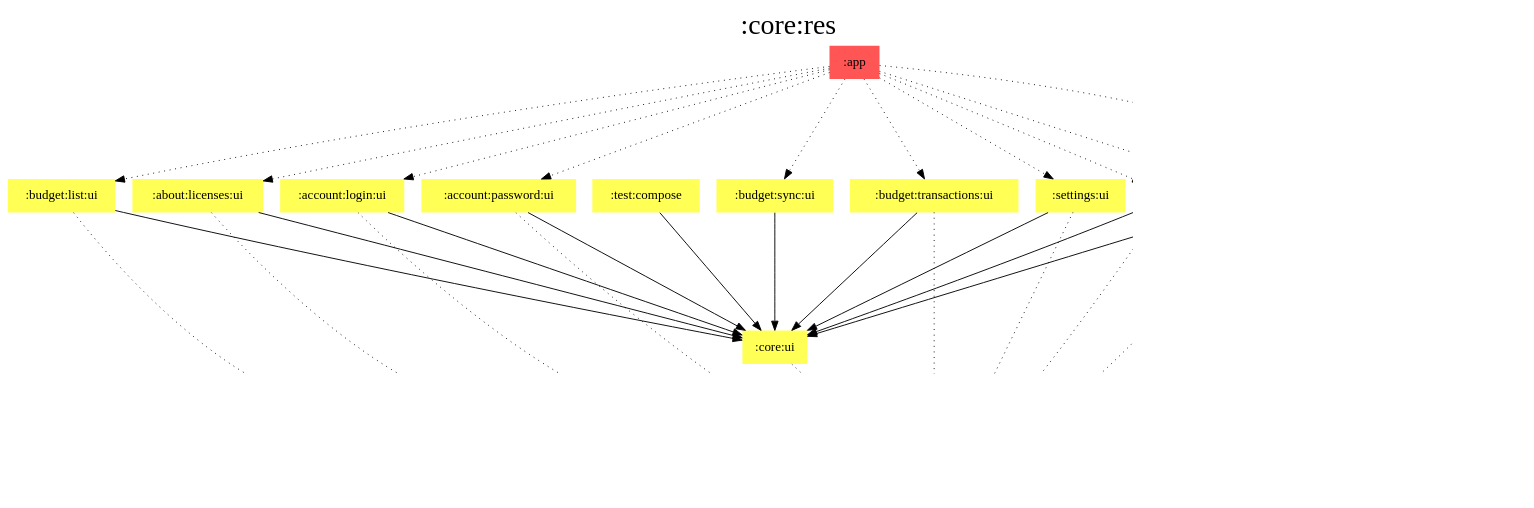
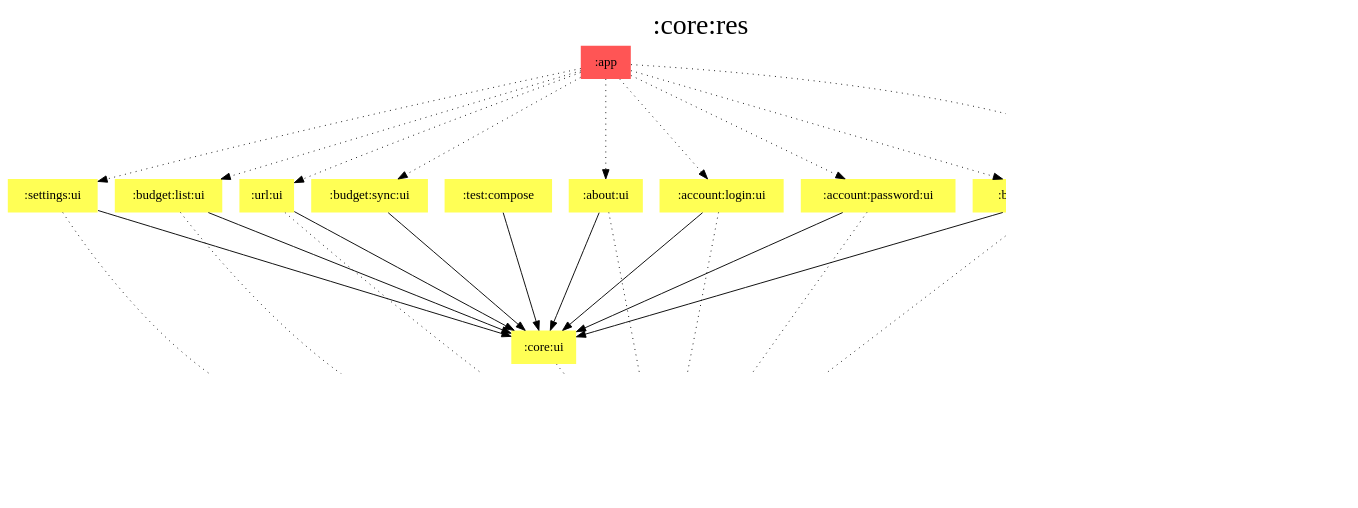
The diagram in modules/core/res/modules.dot (jonapoul/aktual), drawn with Graphviz before and after one commit. The commit also changed 153 other files, not shown here.

Commit message:
Merge licenses/info into about

```diff
--- a/modules/core/res/modules.dot
+++ b/modules/core/res/modules.dot
@@ -1,63 +1,59 @@
 digraph {
 edge ["dir"="forward"]
 graph ["dpi"="100","label"=":core:res","labelloc"="t","fontsize"="30","ranksep"="1.5","rankdir"="TB"]
 node ["style"="filled"]
-":about:info:ui" ["fillcolor"="#FFFF55","shape"="none"]
-":about:licenses:ui" ["fillcolor"="#FFFF55","shape"="none"]
+":about:ui" ["fillcolor"="#FFFF55","shape"="none"]
 ":account:login:ui" ["fillcolor"="#FFFF55","shape"="none"]
 ":account:password:ui" ["fillcolor"="#FFFF55","shape"="none"]
 ":app" ["fillcolor"="#FF5555","shape"="none"]
 ":budget:list:ui" ["fillcolor"="#FFFF55","shape"="none"]
 ":budget:sync:ui" ["fillcolor"="#FFFF55","shape"="none"]
 ":budget:transactions:ui" ["fillcolor"="#FFFF55","shape"="none"]
 ":core:res" ["fillcolor"="#00FFFF","color"="black","penwidth"="3","shape"="box"]
 ":core:ui" ["fillcolor"="#FFFF55","shape"="none"]
 ":settings:ui" ["fillcolor"="#FFFF55","shape"="none"]
 ":test:compose" ["fillcolor"="#FFFF55","shape"="none"]
 ":url:ui" ["fillcolor"="#FFFF55","shape"="none"]
 {
 edge ["dir"="none"]
 graph ["rank"="same"]
 ":core:res"
 }
-":about:info:ui" -> ":core:res" ["style"="dotted"]
-":about:info:ui" -> ":core:ui"
-":about:licenses:ui" -> ":core:res" ["style"="dotted"]
-":about:licenses:ui" -> ":core:ui"
+":about:ui" -> ":core:res" ["style"="dotted"]
+":about:ui" -> ":core:ui"
 ":account:login:ui" -> ":core:res" ["style"="dotted"]
 ":account:login:ui" -> ":core:ui"
 ":account:password:ui" -> ":core:res" ["style"="dotted"]
 ":account:password:ui" -> ":core:ui"
-":app" -> ":about:info:ui" ["style"="dotted"]
-":app" -> ":about:licenses:ui" ["style"="dotted"]
+":app" -> ":about:ui" ["style"="dotted"]
 ":app" -> ":account:login:ui" ["style"="dotted"]
 ":app" -> ":account:password:ui" ["style"="dotted"]
 ":app" -> ":budget:list:ui" ["style"="dotted"]
 ":app" -> ":budget:sync:ui" ["style"="dotted"]
 ":app" -> ":budget:transactions:ui" ["style"="dotted"]
 ":app" -> ":core:res" ["style"="dotted"]
 ":app" -> ":settings:ui" ["style"="dotted"]
 ":app" -> ":url:ui" ["style"="dotted"]
 ":budget:list:ui" -> ":core:res" ["style"="dotted"]
 ":budget:list:ui" -> ":core:ui"
 ":budget:sync:ui" -> ":core:ui"
 ":budget:transactions:ui" -> ":core:res" ["style"="dotted"]
 ":budget:transactions:ui" -> ":core:ui"
 ":core:ui" -> ":core:res" ["style"="dotted"]
 ":settings:ui" -> ":core:res" ["style"="dotted"]
 ":settings:ui" -> ":core:ui"
 ":test:compose" -> ":core:ui"
 ":url:ui" -> ":core:res" ["style"="dotted"]
 ":url:ui" -> ":core:ui"
 subgraph "cluster_legend" {
 edge ["dir"="none"]
 graph ["label"="Legend","fontsize"="20"]
 "Legend" ["style"="filled","fillcolor"="#FFFFFF","shape"="none","margin"="0","fontsize"="15","label"=<
 <TABLE BORDER="0" CELLBORDER="0" CELLSPACING="0" CELLPADDING="4">
 <TR><TD>App</TD><TD BGCOLOR="#FF5555">module-name</TD></TR>
 <TR><TD>Compose</TD><TD BGCOLOR="#FFFF55">module-name</TD></TR>
 <TR><TD>Resources</TD><TD BGCOLOR="#00FFFF">module-name</TD></TR>
 </TABLE>
 >]
 } -> ":core:res" ["style"="invis"]
 }
```
